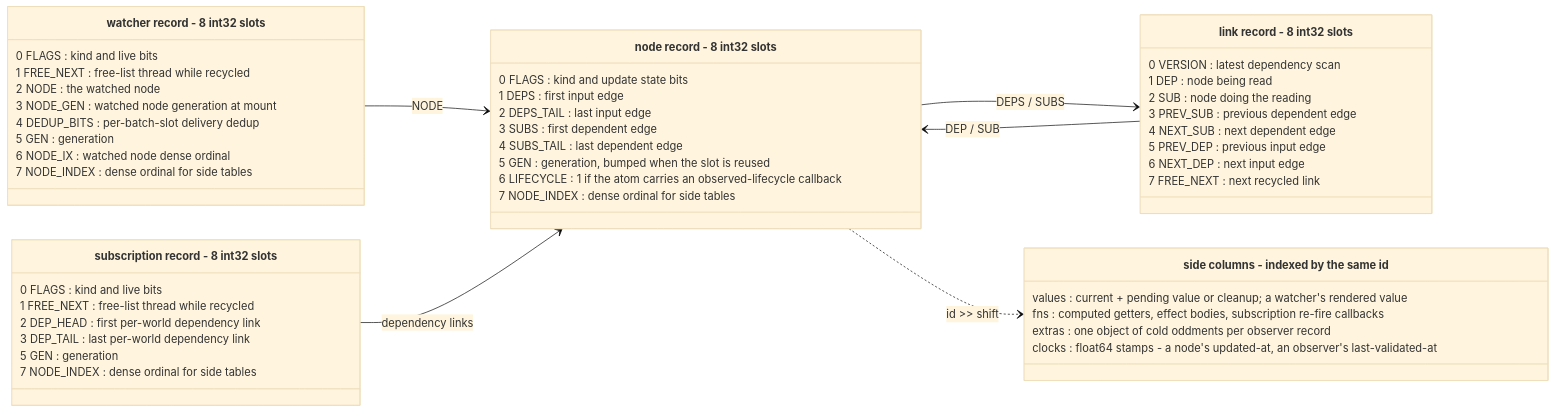
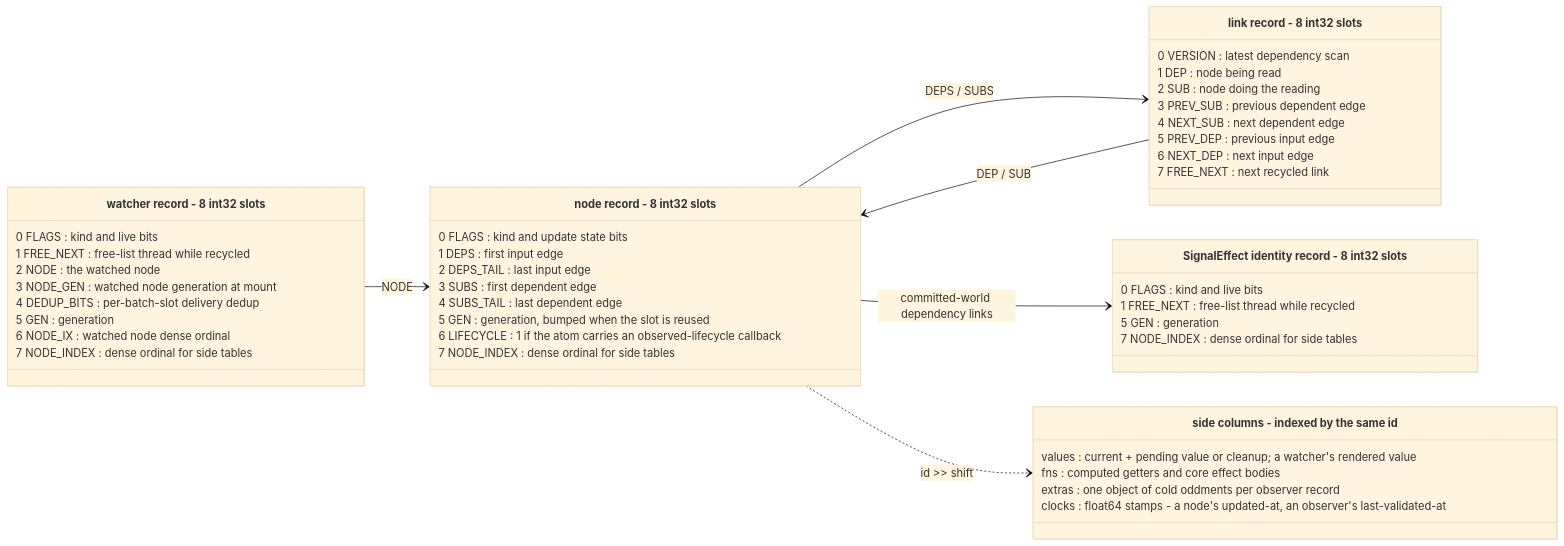
The fourth of 5 diagrams in packages/cosignals/README.md (justjake/signals-design-space), drawn with Mermaid (base theme) before and after one commit. The commit also changed other lines of this file and 66 other files, not shown here.

````diff
--- a/packages/cosignals/README.md
+++ b/packages/cosignals/README.md
@@ -367,53 +393,51 @@
 ```mermaid
 classDiagram
     direction LR
     class Node["node record - 8 int32 slots"] {
         0 FLAGS : kind and update state bits
         1 DEPS : first input edge
         2 DEPS_TAIL : last input edge
         3 SUBS : first dependent edge
         4 SUBS_TAIL : last dependent edge
         5 GEN : generation, bumped when the slot is reused
         6 LIFECYCLE : 1 if the atom carries an observed-lifecycle callback
         7 NODE_INDEX : dense ordinal for side tables
     }
     class Link["link record - 8 int32 slots"] {
         0 VERSION : latest dependency scan
         1 DEP : node being read
         2 SUB : node doing the reading
         3 PREV_SUB : previous dependent edge
         4 NEXT_SUB : next dependent edge
         5 PREV_DEP : previous input edge
         6 NEXT_DEP : next input edge
         7 FREE_NEXT : next recycled link
     }
     class Watcher["watcher record - 8 int32 slots"] {
         0 FLAGS : kind and live bits
         1 FREE_NEXT : free-list thread while recycled
         2 NODE : the watched node
         3 NODE_GEN : watched node generation at mount
         4 DEDUP_BITS : per-batch-slot delivery dedup
         5 GEN : generation
         6 NODE_IX : watched node dense ordinal
         7 NODE_INDEX : dense ordinal for side tables
     }
-    class Subscription["subscription record - 8 int32 slots"] {
+    class SignalEffect["SignalEffect identity record - 8 int32 slots"] {
         0 FLAGS : kind and live bits
         1 FREE_NEXT : free-list thread while recycled
-        2 DEP_HEAD : first per-world dependency link
-        3 DEP_TAIL : last per-world dependency link
         5 GEN : generation
         7 NODE_INDEX : dense ordinal for side tables
     }
     class SideColumns["side columns - indexed by the same id"] {
         values : current + pending value or cleanup; a watcher's rendered value
-        fns : computed getters, effect bodies, subscription re-fire callbacks
+        fns : computed getters and core effect bodies
         extras : one object of cold oddments per observer record
         clocks : float64 stamps - a node's updated-at, an observer's last-validated-at
     }
     Node --> Link : DEPS / SUBS
     Link --> Node : DEP / SUB
     Watcher --> Node : NODE
-    Subscription --> Node : dependency links
+    Node --> SignalEffect : committed-world dependency links
     Node ..> SideColumns : id >> shift
 ```
````
